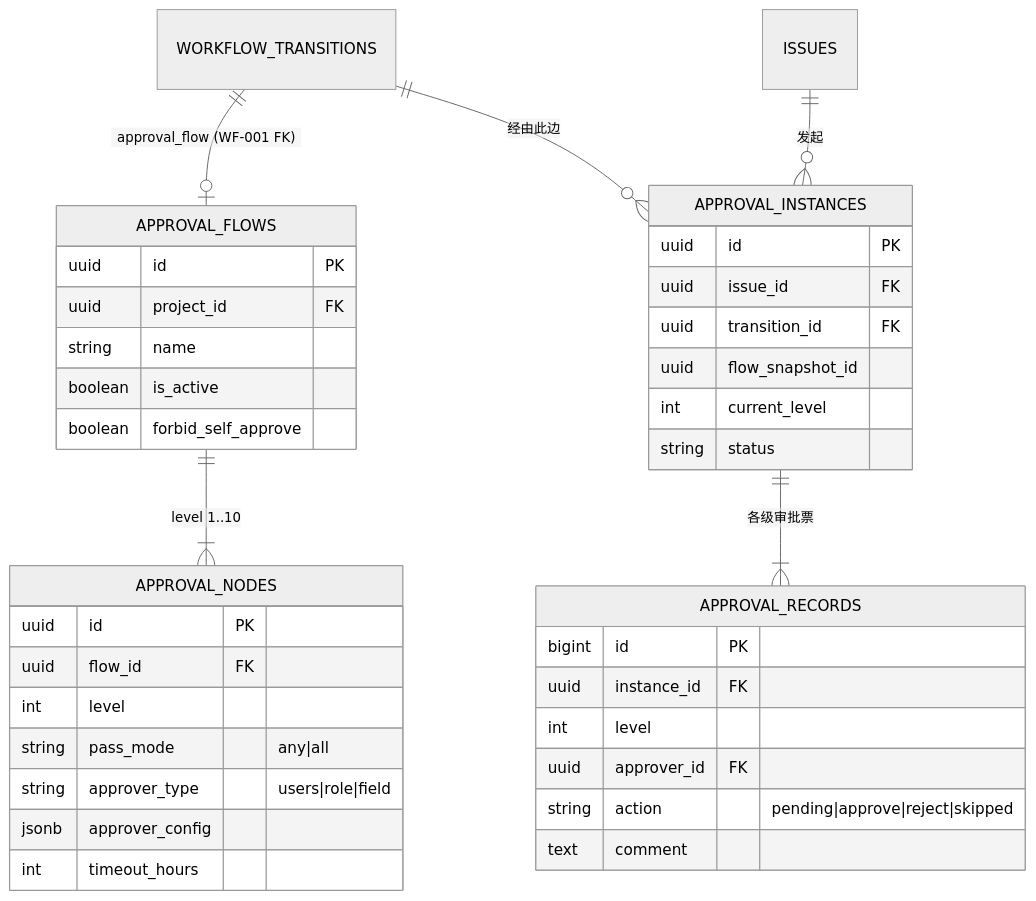
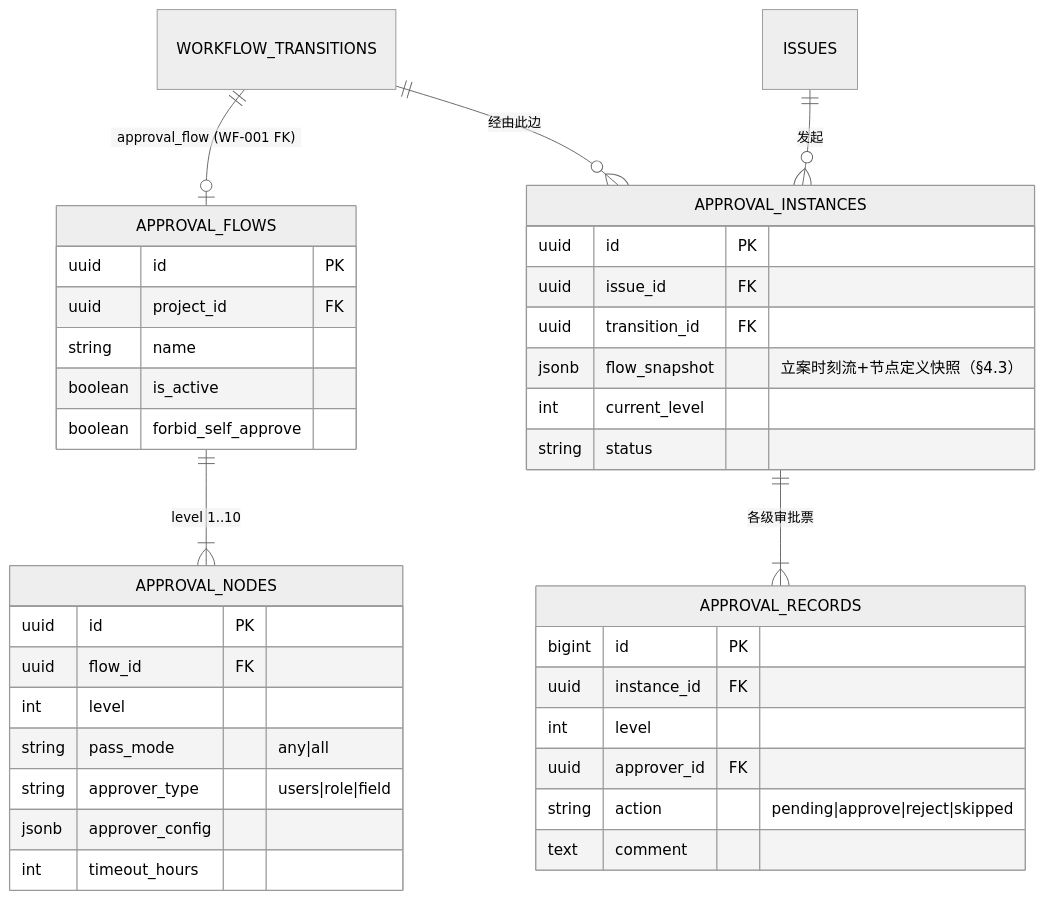
The third of 3 diagrams in docs/sprint-7-enterprise-workflow/WF-002-approval-flow.md (RabbitAI-Lab/RabbitProjects), drawn with Mermaid (neutral theme) before and after one commit. The commit also changed other lines of this file and 9 other files, not shown here.

````diff
--- a/docs/sprint-7-enterprise-workflow/WF-002-approval-flow.md
+++ b/docs/sprint-7-enterprise-workflow/WF-002-approval-flow.md
@@ -291,40 +300,40 @@
 ```mermaid
 erDiagram
     WORKFLOW_TRANSITIONS ||--o| APPROVAL_FLOWS : "approval_flow (WF-001 FK)"
     APPROVAL_FLOWS ||--|{ APPROVAL_NODES : "level 1..10"
     ISSUES ||--o{ APPROVAL_INSTANCES : "发起"
     WORKFLOW_TRANSITIONS ||--o{ APPROVAL_INSTANCES : "经由此边"
     APPROVAL_INSTANCES ||--|{ APPROVAL_RECORDS : "各级审批票"
     APPROVAL_FLOWS {
         uuid id PK
         uuid project_id FK
         string name
         boolean is_active
         boolean forbid_self_approve
     }
     APPROVAL_NODES {
         uuid id PK
         uuid flow_id FK
         int level
         string pass_mode "any|all"
         string approver_type "users|role|field"
         jsonb approver_config
         int timeout_hours
     }
     APPROVAL_INSTANCES {
         uuid id PK
         uuid issue_id FK
         uuid transition_id FK
-        uuid flow_snapshot_id
+        jsonb flow_snapshot "立案时刻流+节点定义快照（§4.3）"
         int current_level
         string status
     }
     APPROVAL_RECORDS {
         bigint id PK
         uuid instance_id FK
         int level
         uuid approver_id FK
         string action "pending|approve|reject|skipped"
         text comment
     }
 ```
````
